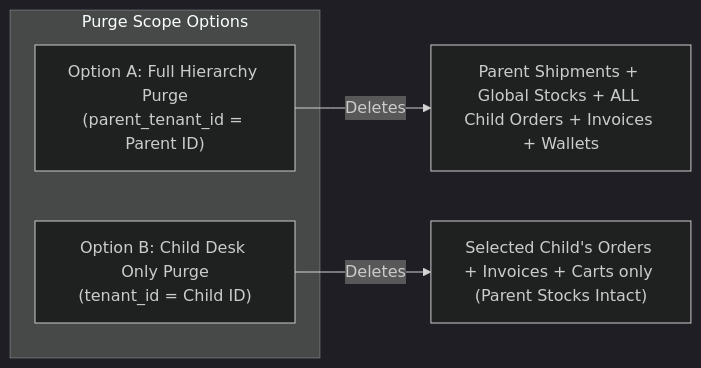
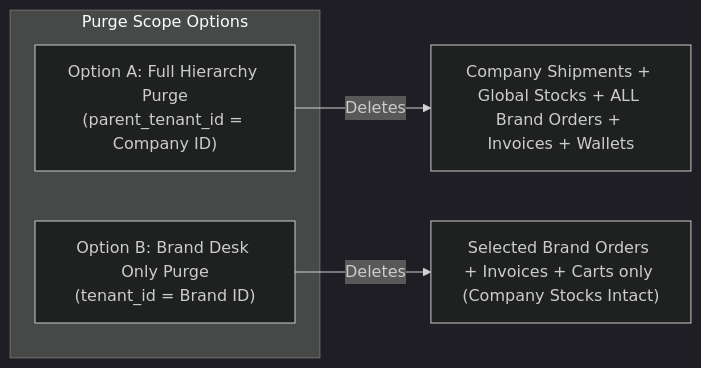
One commit to david-git-2/brandwala-wholesale-quasar-v2 changed the second of 3 diagrams in doc/tenant_auth/TENANT_OPERATIONAL_DATA_RESET.md. Above: the diagram before and after it, drawn with Mermaid (dark theme). The commit also changed other lines of this file and 17 other files, not shown here.

````diff
--- a/doc/tenant_auth/TENANT_OPERATIONAL_DATA_RESET.md
+++ b/doc/tenant_auth/TENANT_OPERATIONAL_DATA_RESET.md
@@ -58,10 +58,10 @@
 ```mermaid
 flowchart LR
     subgraph ScopeSelection ["Purge Scope Options"]
-        S1["Option A: Full Hierarchy Purge<br/>(parent_tenant_id = Parent ID)"]
-        S2["Option B: Child Desk Only Purge<br/>(tenant_id = Child ID)"]
+        S1["Option A: Full Hierarchy Purge<br/>(parent_tenant_id = Company ID)"]
+        S2["Option B: Brand Desk Only Purge<br/>(tenant_id = Brand ID)"]
     end
 
-    S1 -->|Deletes| P_ALL["Parent Shipments + Global Stocks + ALL Child Orders + Invoices + Wallets"]
-    S2 -->|Deletes| C_ONLY["Selected Child's Orders + Invoices + Carts only (Parent Stocks Intact)"]
+    S1 -->|Deletes| P_ALL["Company Shipments + Global Stocks + ALL Brand Orders + Invoices + Wallets"]
+    S2 -->|Deletes| C_ONLY["Selected Brand Orders + Invoices + Carts only (Company Stocks Intact)"]
 ```
````
